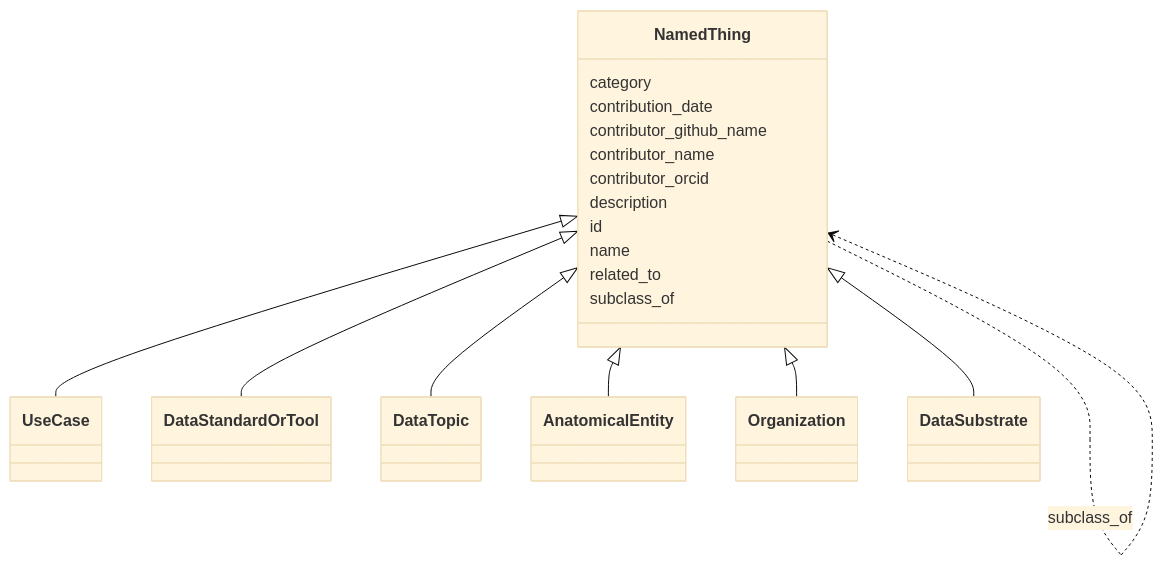
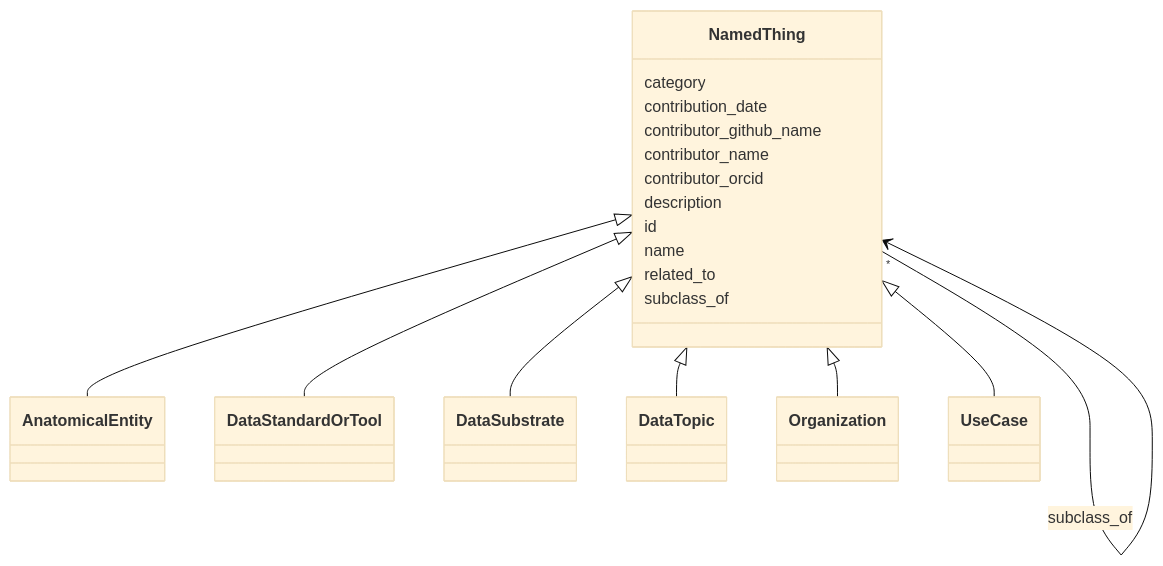
One commit to bridge2ai/standards-schemas changed the diagram in docs/NamedThing.md. Above: the diagram before and after it, drawn with Mermaid (base theme). The commit also changed other lines of this file and 212 other files, not shown here.

````diff
--- a/docs/NamedThing.md
+++ b/docs/NamedThing.md
@@ -11,36 +19,53 @@
 ```mermaid
  classDiagram
     class NamedThing
+    click NamedThing href "../NamedThing"
+      NamedThing <|-- AnatomicalEntity
+        click AnatomicalEntity href "../AnatomicalEntity"
+      NamedThing <|-- DataStandardOrTool
+        click DataStandardOrTool href "../DataStandardOrTool"
+      NamedThing <|-- DataSubstrate
+        click DataSubstrate href "../DataSubstrate"
+      NamedThing <|-- DataTopic
+        click DataTopic href "../DataTopic"
+      NamedThing <|-- Organization
+        click Organization href "../Organization"
       NamedThing <|-- UseCase
-      NamedThing <|-- DataStandardOrTool
-      NamedThing <|-- DataTopic
-      NamedThing <|-- AnatomicalEntity
-      NamedThing <|-- Organization
-      NamedThing <|-- DataSubstrate
+        click UseCase href "../UseCase"
       
       NamedThing : category
         
       NamedThing : contribution_date
         
       NamedThing : contributor_github_name
         
       NamedThing : contributor_name
         
       NamedThing : contributor_orcid
         
       NamedThing : description
         
       NamedThing : id
         
       NamedThing : name
         
       NamedThing : related_to
         
-          NamedThing ..> NamedThing : related_to
+          
+    
+    
+    NamedThing --> "*" NamedThing : related_to
+    click NamedThing href "../NamedThing"
+
         
       NamedThing : subclass_of
         
-          NamedThing ..> NamedThing : subclass_of
+          
+    
+    
+    NamedThing --> "*" NamedThing : subclass_of
+    click NamedThing href "../NamedThing"
+
         
       
 ```
````
